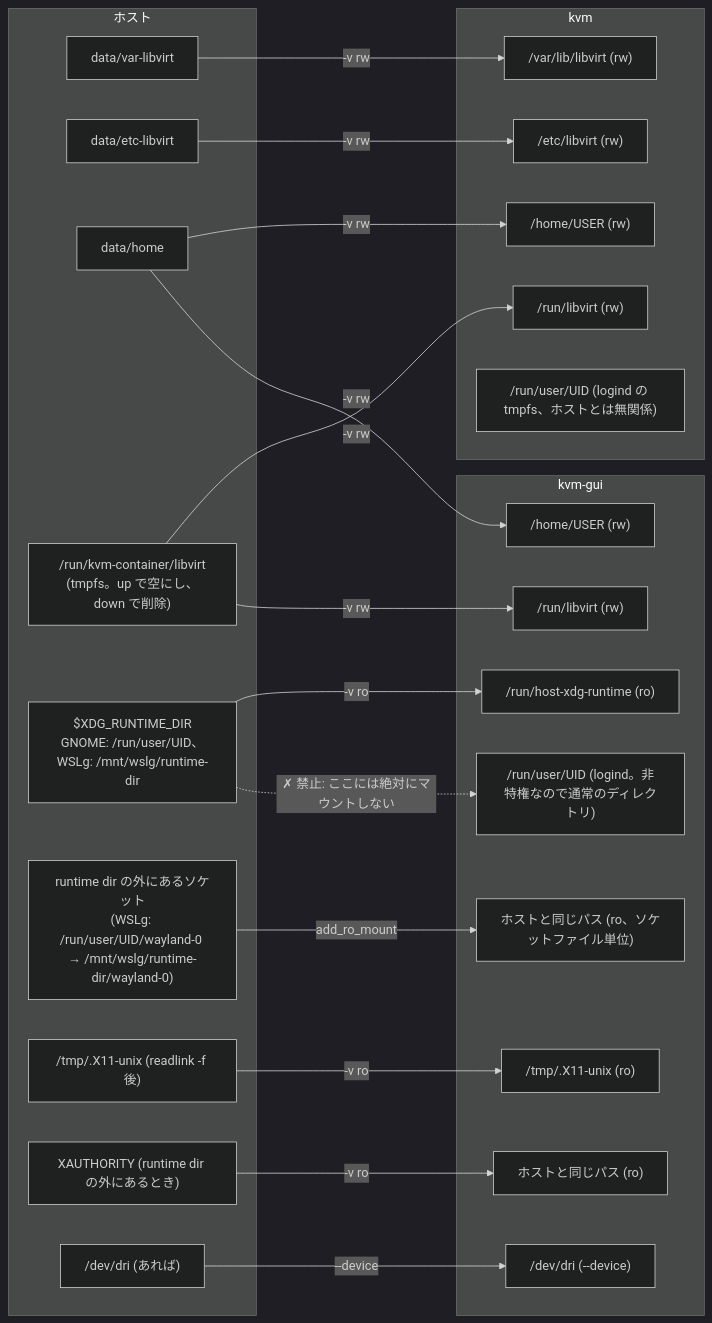
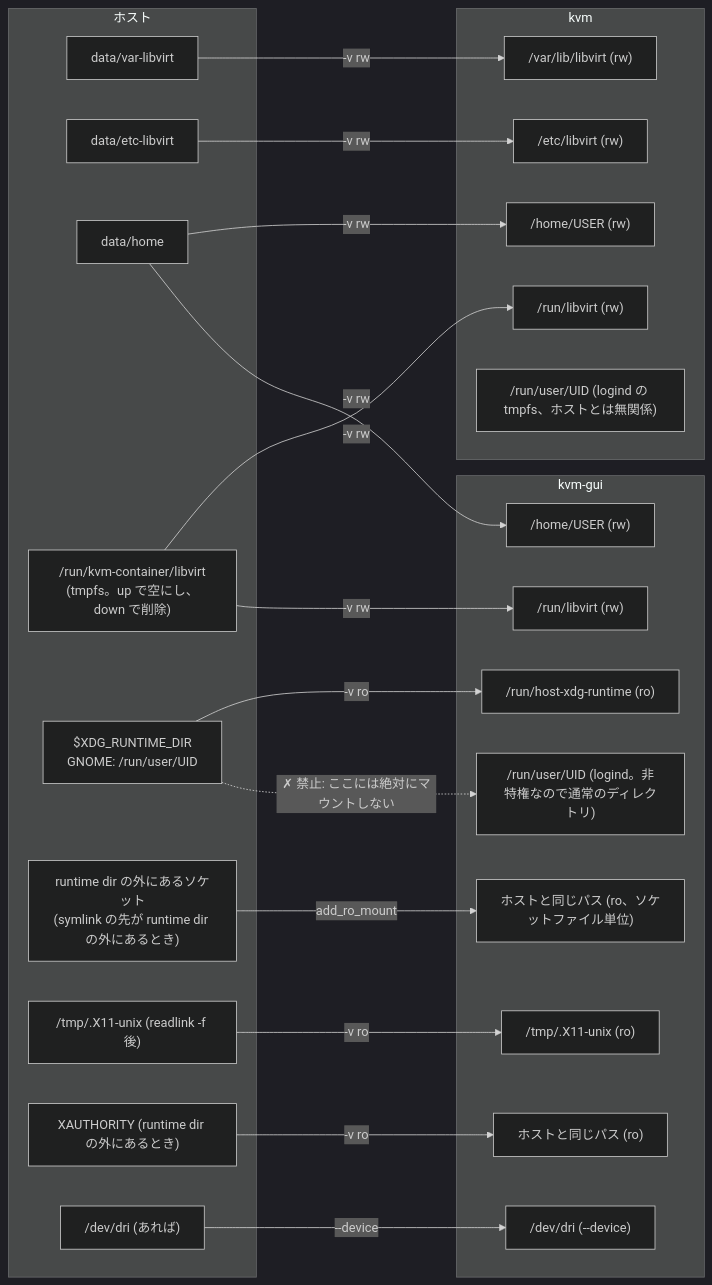
The ninth of 22 diagrams in docs/SPEC.md (ryo-aoki-pc/kvm-container), drawn with Mermaid (dark theme) before and after one commit. The commit also changed other lines of this file and 9 other files, not shown here.

````diff
--- a/docs/SPEC.md
+++ b/docs/SPEC.md
@@ -487,43 +473,43 @@
 ```mermaid
 flowchart LR
   subgraph h ["ホスト"]
     d1["data/var-libvirt"]
     d2["data/etc-libvirt"]
     d3["data/home"]
     rl["/run/kvm-container/libvirt<br/>(tmpfs。up で空にし、down で削除)"]
-    rt["$XDG_RUNTIME_DIR<br/>GNOME: /run/user/UID、WSLg: /mnt/wslg/runtime-dir"]
-    wlout["runtime dir の外にあるソケット<br/>(WSLg: /run/user/UID/wayland-0 → /mnt/wslg/runtime-dir/wayland-0)"]
+    rt["$XDG_RUNTIME_DIR<br/>GNOME: /run/user/UID"]
+    wlout["runtime dir の外にあるソケット<br/>(symlink の先が runtime dir の外にあるとき)"]
     x11["/tmp/.X11-unix (readlink -f 後)"]
     xauth["XAUTHORITY (runtime dir の外にあるとき)"]
     dri["/dev/dri (あれば)"]
   end
   subgraph k ["kvm"]
     k1["/var/lib/libvirt (rw)"]
     k2["/etc/libvirt (rw)"]
     k3["/home/USER (rw)"]
     k4["/run/libvirt (rw)"]
     ku["/run/user/UID (logind の tmpfs、ホストとは無関係)"]
   end
   subgraph g ["kvm-gui"]
     g3["/home/USER (rw)"]
     g4["/run/libvirt (rw)"]
     crt["/run/host-xdg-runtime (ro)"]
     cwl["ホストと同じパス (ro、ソケットファイル単位)"]
     cx11["/tmp/.X11-unix (ro)"]
     cxa["ホストと同じパス (ro)"]
     cdri["/dev/dri (--device)"]
     gu["/run/user/UID (logind。非特権なので通常のディレクトリ)"]
   end
   d1 -->|"-v rw"| k1
   d2 -->|"-v rw"| k2
   d3 -->|"-v rw"| k3
   d3 -->|"-v rw"| g3
   rl -->|"-v rw"| k4
   rl -->|"-v rw"| g4
   rt -->|"-v ro"| crt
   wlout -->|"add_ro_mount"| cwl
   x11 -->|"-v ro"| cx11
   xauth -->|"-v ro"| cxa
   dri -->|"--device"| cdri
   rt -.->|"✗ 禁止: ここには絶対にマウントしない"| gu
 ```
````
